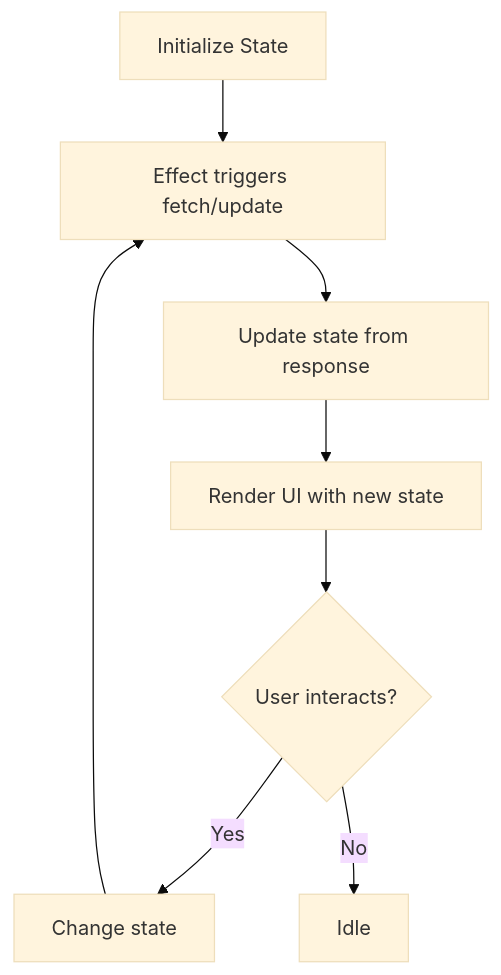
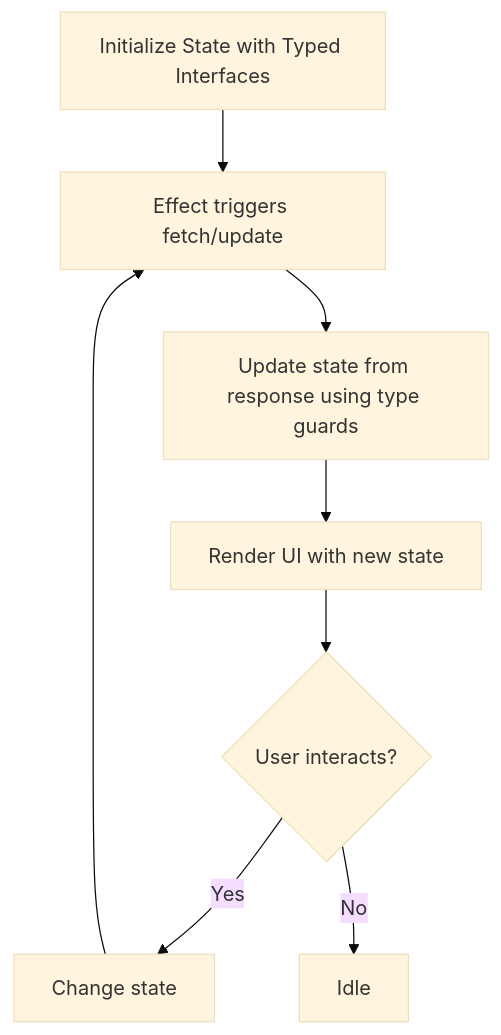
The sixth of 8 diagrams in .qoder/repowiki/en/content/Frontend Architecture/Component System & Organization/Component System & Organization.md (haidarqawama/PPA-klinik-amc), drawn with Mermaid (base theme) before and after one commit. The commit also changed other lines of this file and 58 other files, not shown here.

````diff
--- a/.qoder/repowiki/en/content/Frontend Architecture/Component System & Organization/Component System & Organization.md
+++ b/.qoder/repowiki/en/content/Frontend Architecture/Component System & Organization/Component System & Organization.md
@@ -393,10 +559,10 @@
 ```mermaid
 flowchart TD
-Init["Initialize State"] --> Effect["Effect triggers fetch/update"]
-Effect --> Update["Update state from response"]
+Init["Initialize State with Typed Interfaces"] --> Effect["Effect triggers fetch/update"]
+Effect --> Update["Update state from response using type guards"]
 Update --> Render["Render UI with new state"]
 Render --> Interact{"User interacts?"}
 Interact --> |Yes| Change["Change state"]
 Change --> Effect
 Interact --> |No| End["Idle"]
 ```
````
